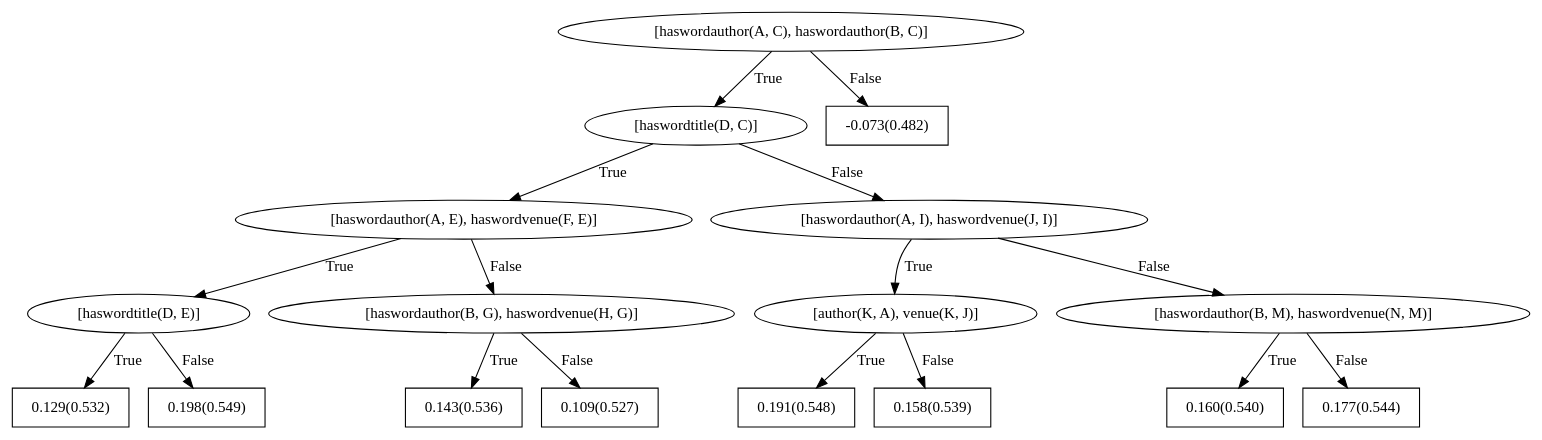
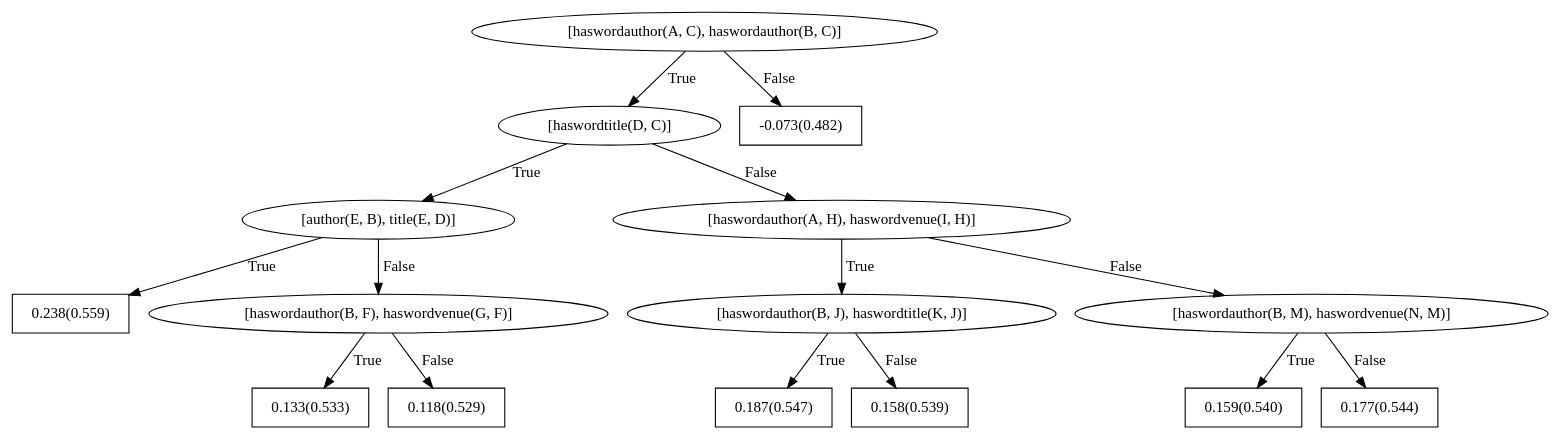
The diagram in datasets/Cora/train/models/bRDNs/dotFiles/WILLTreeFor_sameauthor7.dot (hayesall/Walk-ER), drawn with Graphviz before and after one commit. The commit also changed 71 other files, not shown here.

Commit message:
mode_comparator worked for Cora, I do not think WebKB is significant since the graph is so small.

```diff
--- a/datasets/Cora/train/models/bRDNs/dotFiles/WILLTreeFor_sameauthor7.dot
+++ b/datasets/Cora/train/models/bRDNs/dotFiles/WILLTreeFor_sameauthor7.dot
@@ -1,35 +1,31 @@
 digraph G{ 
 1[label = "[haswordauthor(A, C), haswordauthor(B, C)]"];
 1 -> 2[label="True"];
 1 -> 3[label="False"];
 2[label = "[haswordtitle(D, C)]"];
 2 -> 4[label="True"];
 2 -> 5[label="False"];
-4[label = "[haswordauthor(A, E), haswordvenue(F, E)]"];
+4[label = "[author(E, B), title(E, D)]"];
 4 -> 6[label="True"];
 4 -> 7[label="False"];
-6[label = "[haswordtitle(D, E)]"];
-6 -> 8[label="True"];
-6 -> 9[label="False"];
-8[shape = box,label = "0.129(0.532)"];
-9[shape = box,label = "0.198(0.549)"];
-7[label = "[haswordauthor(B, G), haswordvenue(H, G)]"];
-7 -> 10[label="True"];
-7 -> 11[label="False"];
-10[shape = box,label = "0.143(0.536)"];
-11[shape = box,label = "0.109(0.527)"];
-5[label = "[haswordauthor(A, I), haswordvenue(J, I)]"];
-5 -> 12[label="True"];
-5 -> 13[label="False"];
-12[label = "[author(K, A), venue(K, J)]"];
-12 -> 14[label="True"];
-12 -> 15[label="False"];
-14[shape = box,label = "0.191(0.548)"];
-15[shape = box,label = "0.158(0.539)"];
-13[label = "[haswordauthor(B, M), haswordvenue(N, M)]"];
-13 -> 16[label="True"];
-13 -> 17[label="False"];
-16[shape = box,label = "0.160(0.540)"];
-17[shape = box,label = "0.177(0.544)"];
+6[shape = box,label = "0.238(0.559)"];
+7[label = "[haswordauthor(B, F), haswordvenue(G, F)]"];
+7 -> 8[label="True"];
+7 -> 9[label="False"];
+8[shape = box,label = "0.133(0.533)"];
+9[shape = box,label = "0.118(0.529)"];
+5[label = "[haswordauthor(A, H), haswordvenue(I, H)]"];
+5 -> 10[label="True"];
+5 -> 11[label="False"];
+10[label = "[haswordauthor(B, J), haswordtitle(K, J)]"];
+10 -> 12[label="True"];
+10 -> 13[label="False"];
+12[shape = box,label = "0.187(0.547)"];
+13[shape = box,label = "0.158(0.539)"];
+11[label = "[haswordauthor(B, M), haswordvenue(N, M)]"];
+11 -> 14[label="True"];
+11 -> 15[label="False"];
+14[shape = box,label = "0.159(0.540)"];
+15[shape = box,label = "0.177(0.544)"];
 3[shape = box,label = "-0.073(0.482)"];
 }
```
